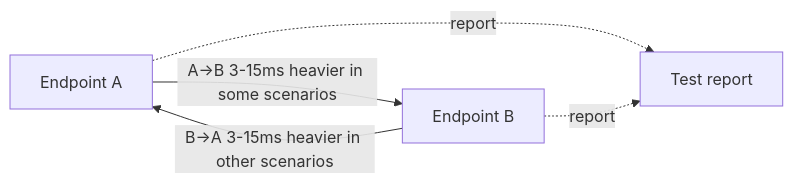
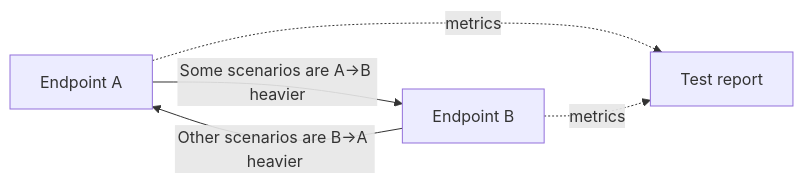
The first of 2 diagrams in docs/performance.md (liulilittle/ucp), drawn with Mermaid before and after one commit. The commit also changed other lines of this file and 19 other files, not shown here.

````diff
--- a/docs/performance.md
+++ b/docs/performance.md
@@ -58,7 +56,7 @@
 ```mermaid
 flowchart LR
-    A[Endpoint A] -->|A->B 3-15ms heavier in some scenarios| B[Endpoint B]
-    B -->|B->A 3-15ms heavier in other scenarios| A
-    A -. report .-> R[Test report]
-    B -. report .-> R
+    A[Endpoint A] -->|Some scenarios are A->B heavier| B[Endpoint B]
+    B -->|Other scenarios are B->A heavier| A
+    A -. metrics .-> R[Test report]
+    B -. metrics .-> R
 ```
````
